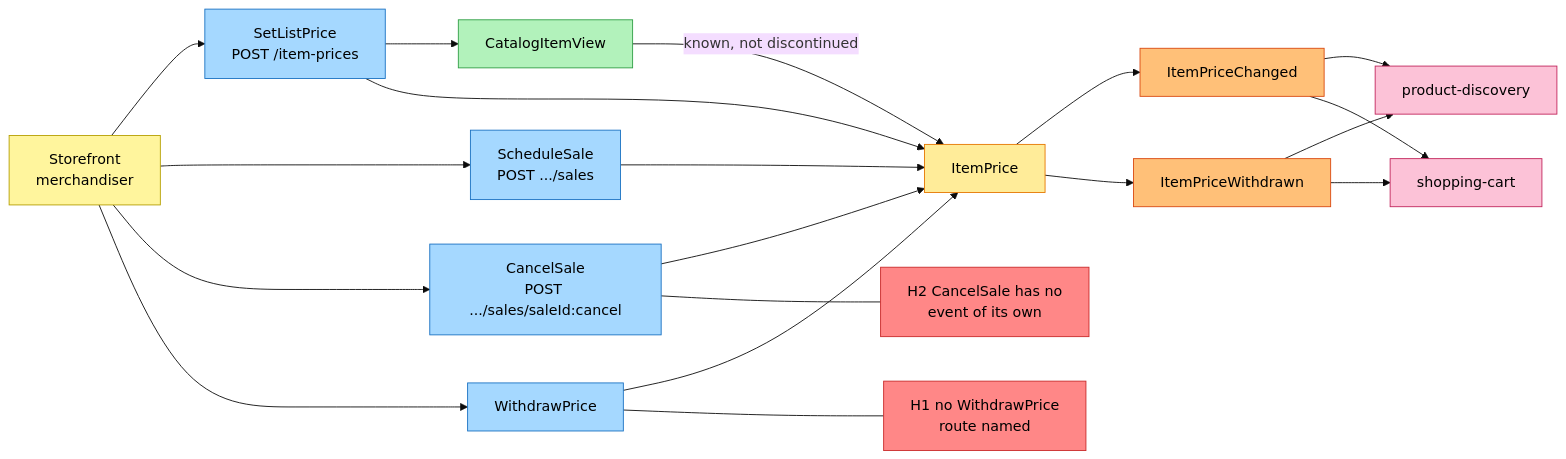
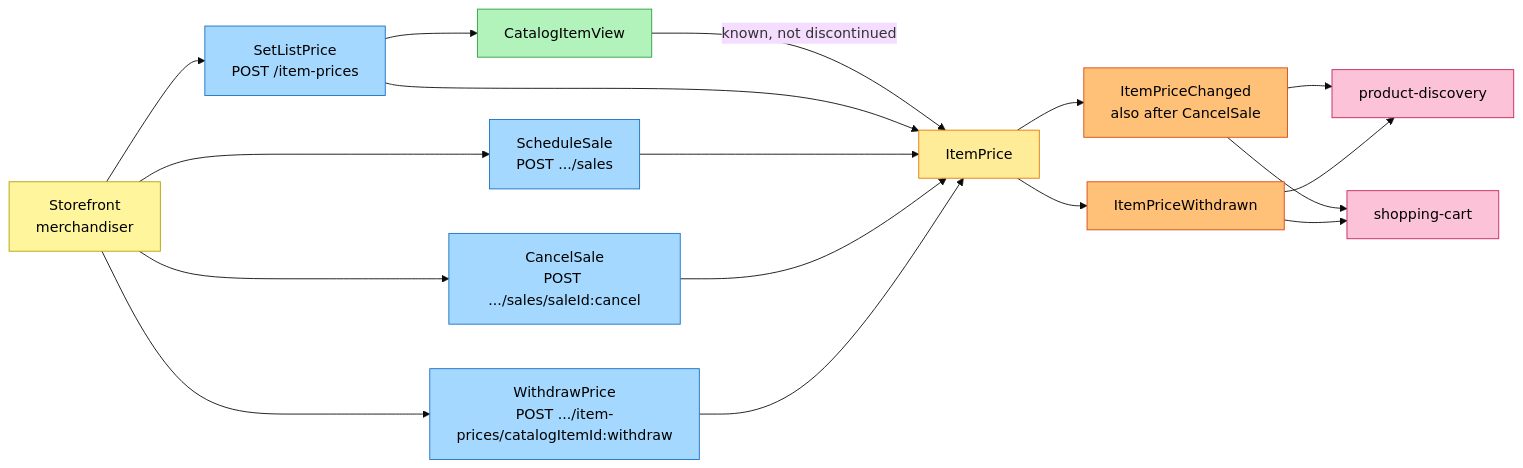
One commit to IQVO/warehouse-docs changed the first of 4 diagrams in storefront/docs/contexts/pricing/eventstorming.md. Above: the diagram before and after it, drawn with Mermaid (base theme). The commit also changed other lines of this file and 1 other file, not shown here.

Commit message:
docs(storefront): model-fix 2/7 - pricing pack: close withdraw/cancel/expiry/request-field hotspots (partial: eventstorming + aggregate canvas)

````diff
--- a/storefront/docs/contexts/pricing/eventstorming.md
+++ b/storefront/docs/contexts/pricing/eventstorming.md
@@ -37,44 +37,40 @@
 ```mermaid
 flowchart LR
     M["Storefront<br/>merchandiser"]:::actor
     C0["SetListPrice<br/>POST /item-prices"]:::command
     C1["ScheduleSale<br/>POST .../sales"]:::command
     C2["CancelSale<br/>POST .../sales/saleId:cancel"]:::command
-    C3["WithdrawPrice"]:::command
+    C3["WithdrawPrice<br/>POST .../item-prices/catalogItemId:withdraw"]:::command
     RM0["CatalogItemView"]:::readmodel
     G1["ItemPrice"]:::aggregate
-    E1["ItemPriceChanged"]:::event
+    E1["ItemPriceChanged<br/>also after CancelSale"]:::event
     E2["ItemPriceWithdrawn"]:::event
     PD["product-discovery"]:::external
     SC["shopping-cart"]:::external
-    H1["H1 no WithdrawPrice<br/>route named"]:::hotspot
-    H2["H2 CancelSale has no<br/>event of its own"]:::hotspot
 
     M --> C0
     M --> C1
     M --> C2
     M --> C3
     C0 --> RM0
     RM0 -->|known, not discontinued| G1
     C0 --> G1
     C1 --> G1
     C2 --> G1
     C3 --> G1
     G1 --> E1
     G1 --> E2
     E1 --> PD
     E1 --> SC
     E2 --> PD
     E2 --> SC
-    C3 --- H1
-    C2 --- H2
 
     classDef actor fill:#fff59d,stroke:#b59f00,color:#000
     classDef command fill:#a5d8ff,stroke:#1971c2,color:#000
     classDef aggregate fill:#ffec99,stroke:#e67700,color:#000
     classDef event fill:#ffc078,stroke:#d9480f,color:#000
     classDef policy fill:#d0bfff,stroke:#6741d9,color:#000
     classDef readmodel fill:#b2f2bb,stroke:#2f9e44,color:#000
     classDef external fill:#fcc2d7,stroke:#c2255c,color:#000
     classDef hotspot fill:#ff8787,stroke:#c92a2a,color:#000
 ```
````
